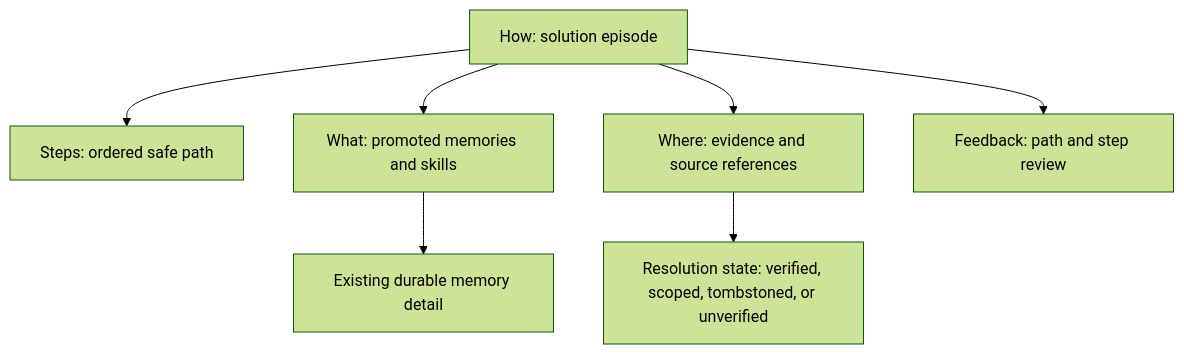
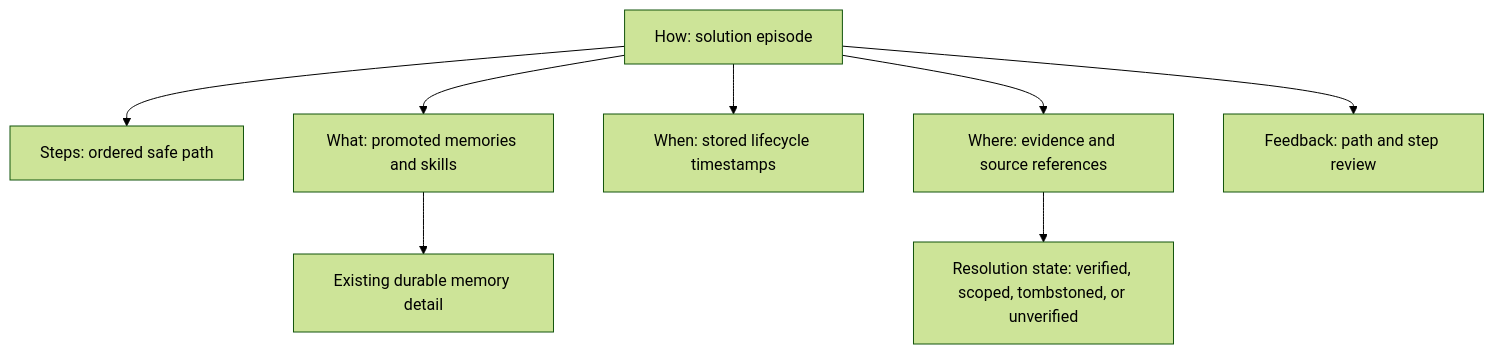
Before and after one commit to taimufuraiyaa/agent-memory: the third of 3 diagrams in .kiro/specs/solution-path-memory/design.md, drawn with Mermaid (forest theme). The commit also changed other lines of this file and 84 other files, not shown here.

````diff
--- a/.kiro/specs/solution-path-memory/design.md
+++ b/.kiro/specs/solution-path-memory/design.md
@@ -141,9 +141,10 @@
 ```mermaid
 flowchart TD
     H["How: solution episode"] --> S["Steps: ordered safe path"]
     H --> W["What: promoted memories and skills"]
+    H --> T["When: stored lifecycle timestamps"]
     H --> E["Where: evidence and source references"]
     H --> F["Feedback: path and step review"]
     W --> U["Existing durable memory detail"]
     E --> R["Resolution state: verified, scoped, tombstoned, or unverified"]
 ```
````
